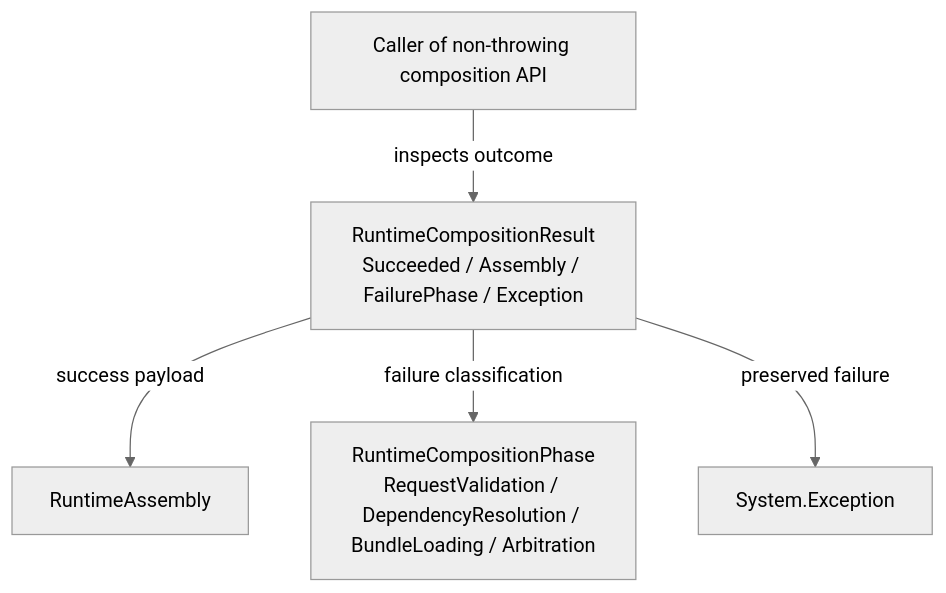
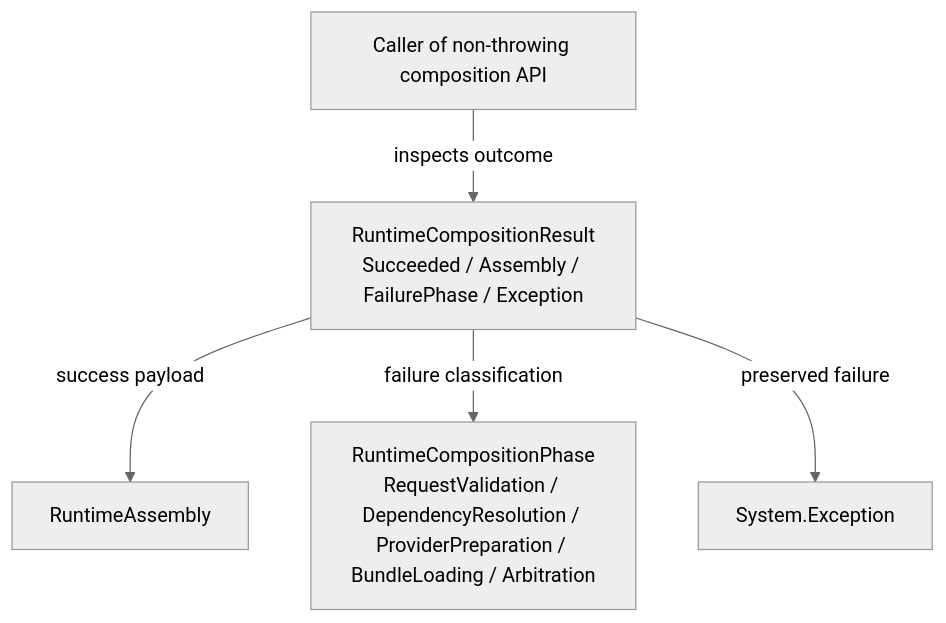
Before and after one commit to TrentBest/TheSingularityWorkshop.FSM_COS: the diagram in docs/UML/src/FSM_COS/RuntimeCompositionResultUML.md, drawn with Mermaid (neutral theme).

Commit message:
docs: include provider preparation in result UML

````diff
--- a/docs/UML/src/FSM_COS/RuntimeCompositionResultUML.md
+++ b/docs/UML/src/FSM_COS/RuntimeCompositionResultUML.md
@@ -8,12 +8,12 @@
 ```mermaid
 flowchart TB
     Consumer["Caller of non-throwing composition API"]
     Target["RuntimeCompositionResult<br/>Succeeded / Assembly / FailurePhase / Exception"]
     Assembly["RuntimeAssembly"]
-    Phase["RuntimeCompositionPhase<br/>RequestValidation / DependencyResolution / BundleLoading / Arbitration"]
+    Phase["RuntimeCompositionPhase<br/>RequestValidation / DependencyResolution / ProviderPreparation / BundleLoading / Arbitration"]
     Exception["System.Exception"]
     Consumer -->|"inspects outcome"| Target
     Target -->|"success payload"| Assembly
     Target -->|"failure classification"| Phase
     Target -->|"preserved failure"| Exception
 ```
````
